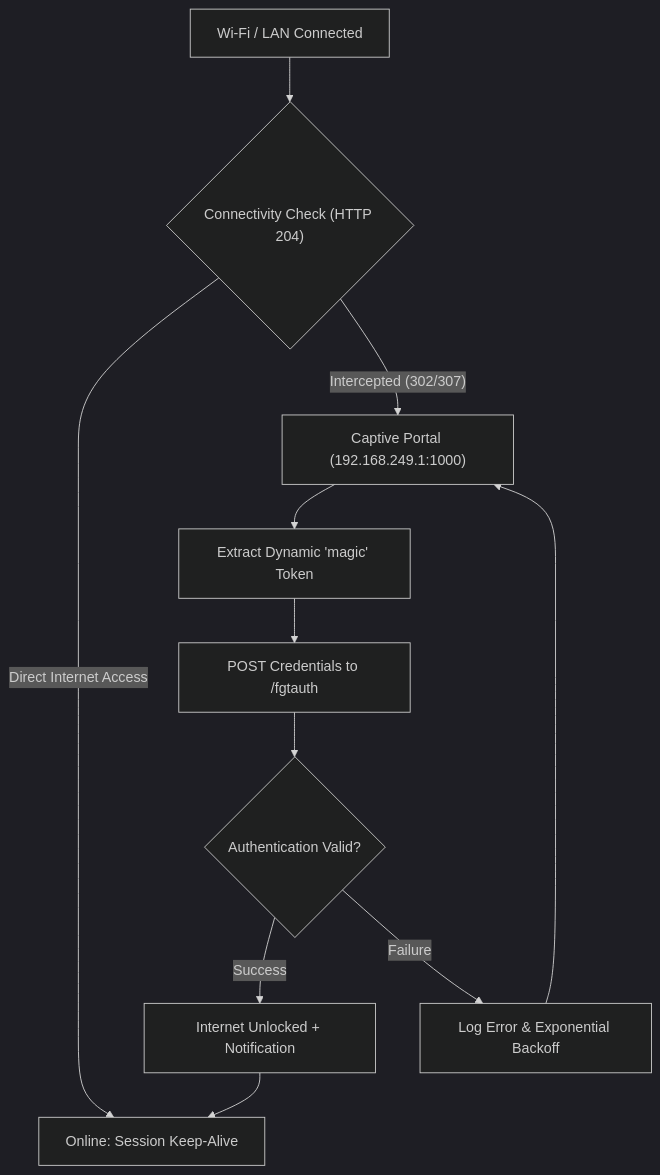
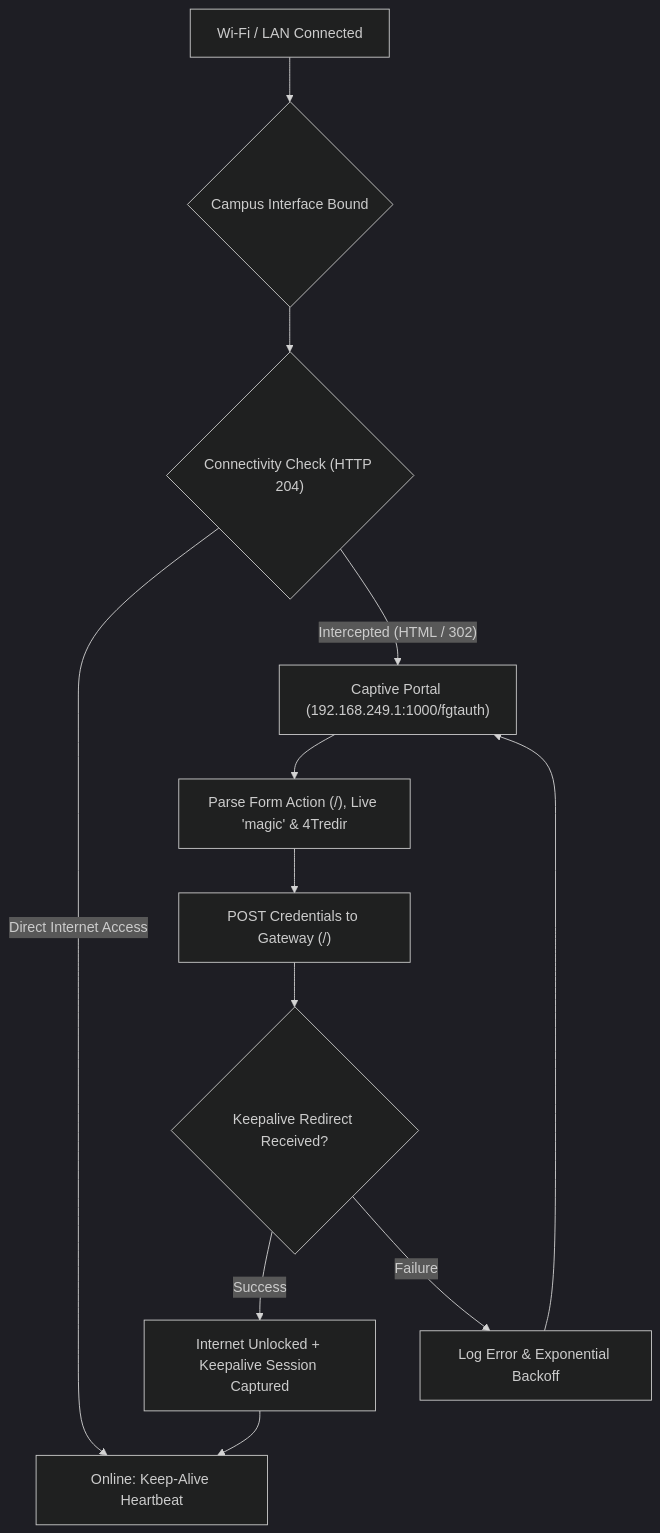
One commit to Bssr-cmd/autoconnect_iitbhu changed the diagram in README.md. Above: the diagram before and after it, drawn with Mermaid (dark theme). The commit also changed other lines of this file and 1 other file, not shown here.

Commit message:
docs: align README with two-step handshake, interface binding, and test suite

````diff
--- a/README.md
+++ b/README.md
@@ -52,13 +54,14 @@
 ```mermaid
 graph TD
-    A["Wi-Fi / LAN Connected"] --> B{"Connectivity Check (HTTP 204)"}
-    B -->|"Direct Internet Access"| C["Online: Session Keep-Alive"]
-    B -->|"Intercepted (302/307)"| D["Captive Portal (192.168.249.1:1000)"]
-    D --> E["Extract Dynamic 'magic' Token"]
-    E --> F["POST Credentials to /fgtauth"]
-    F --> G{"Authentication Valid?"}
-    G -->|"Success"| H["Internet Unlocked + Notification"]
-    G -->|"Failure"| I["Log Error & Exponential Backoff"]
-    H --> C
+    A["Wi-Fi / LAN Connected"] --> B{"Campus Interface Bound"}
+    B --> C{"Connectivity Check (HTTP 204)"}
+    C -->|"Direct Internet Access"| D["Online: Keep-Alive Heartbeat"]
+    C -->|"Intercepted (HTML / 302)"| E["Captive Portal (192.168.249.1:1000/fgtauth)"]
+    E --> F["Parse Form Action (/), Live 'magic' & 4Tredir"]
+    F --> G["POST Credentials to Gateway (/)"]
+    G --> H{"Keepalive Redirect Received?"}
+    H -->|"Success"| I["Internet Unlocked + Keepalive Session Captured"]
+    H -->|"Failure"| J["Log Error & Exponential Backoff"]
     I --> D
+    J --> E
 ```
````
